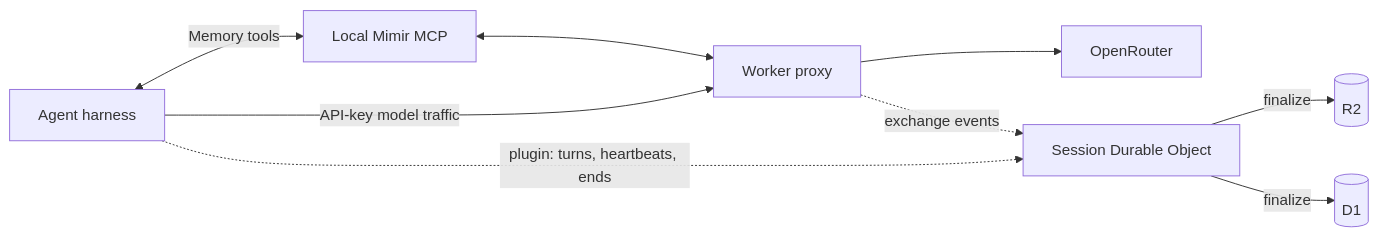
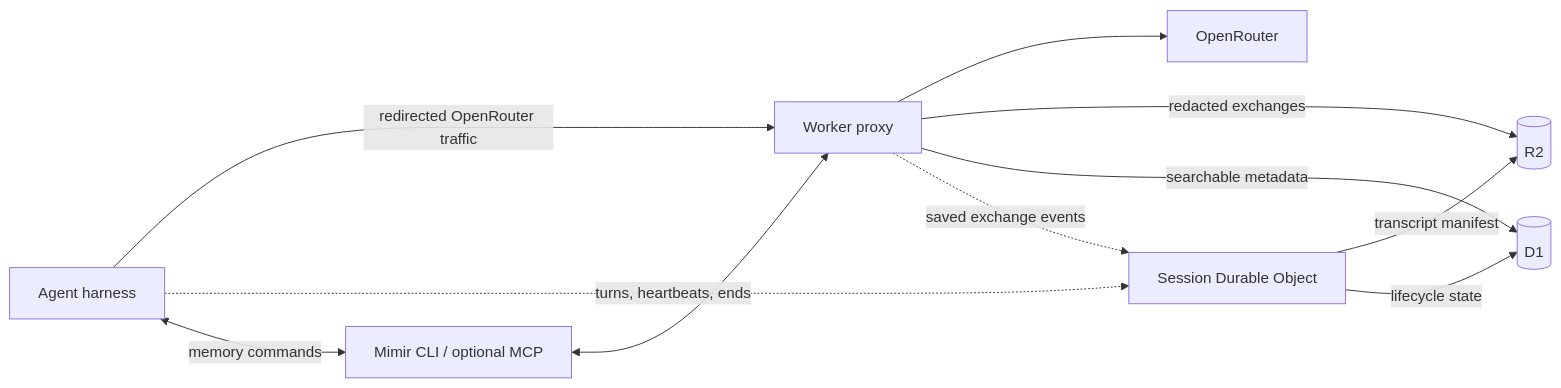
The diagram in README.md (cloudboy-jh/Mimir), drawn with Mermaid before and after one commit. The commit also changed other lines of this file and 125 other files, not shown here.

````diff
--- a/README.md
+++ b/README.md
@@ -31,11 +36,13 @@
 ```mermaid
 flowchart LR
-    H[Agent harness] -->|API-key model traffic| W[Worker proxy]
+    H[Agent harness] -->|redirected OpenRouter traffic| W[Worker proxy]
     W --> O[OpenRouter]
-    H -.->|plugin: turns, heartbeats, ends| S[Session Durable Object]
-    W -.->|exchange events| S
-    S -->|finalize| R[(R2)]
-    S -->|finalize| D[(D1)]
-    H <-->|Memory tools| M[Local Mimir MCP]
-    M <--> W
+    W -->|redacted exchanges| R[(R2)]
+    W -->|searchable metadata| D[(D1)]
+    H -.->|turns, heartbeats, ends| S[Session Durable Object]
+    W -.->|saved exchange events| S
+    S -->|transcript manifest| R
+    S -->|lifecycle state| D
+    H <-->|memory commands| C[Mimir CLI / optional MCP]
+    C <--> W
 ```
````
